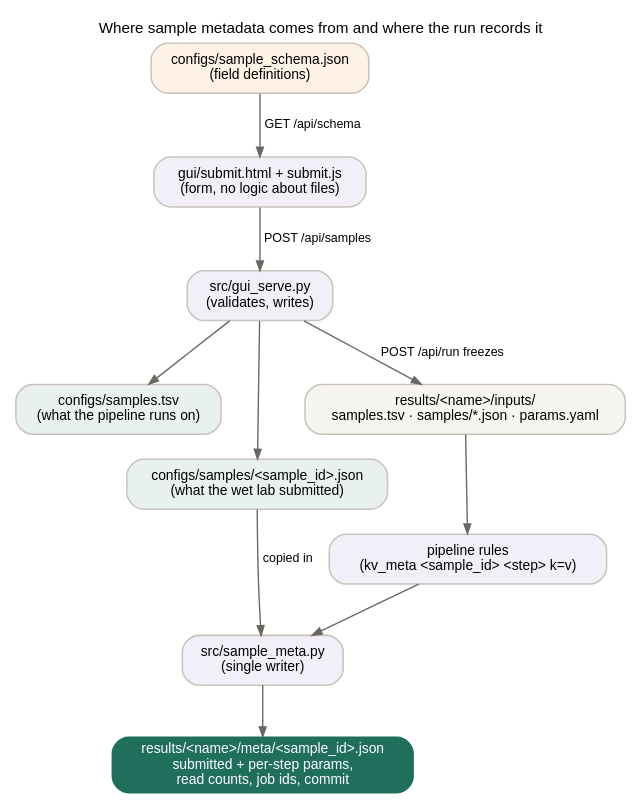
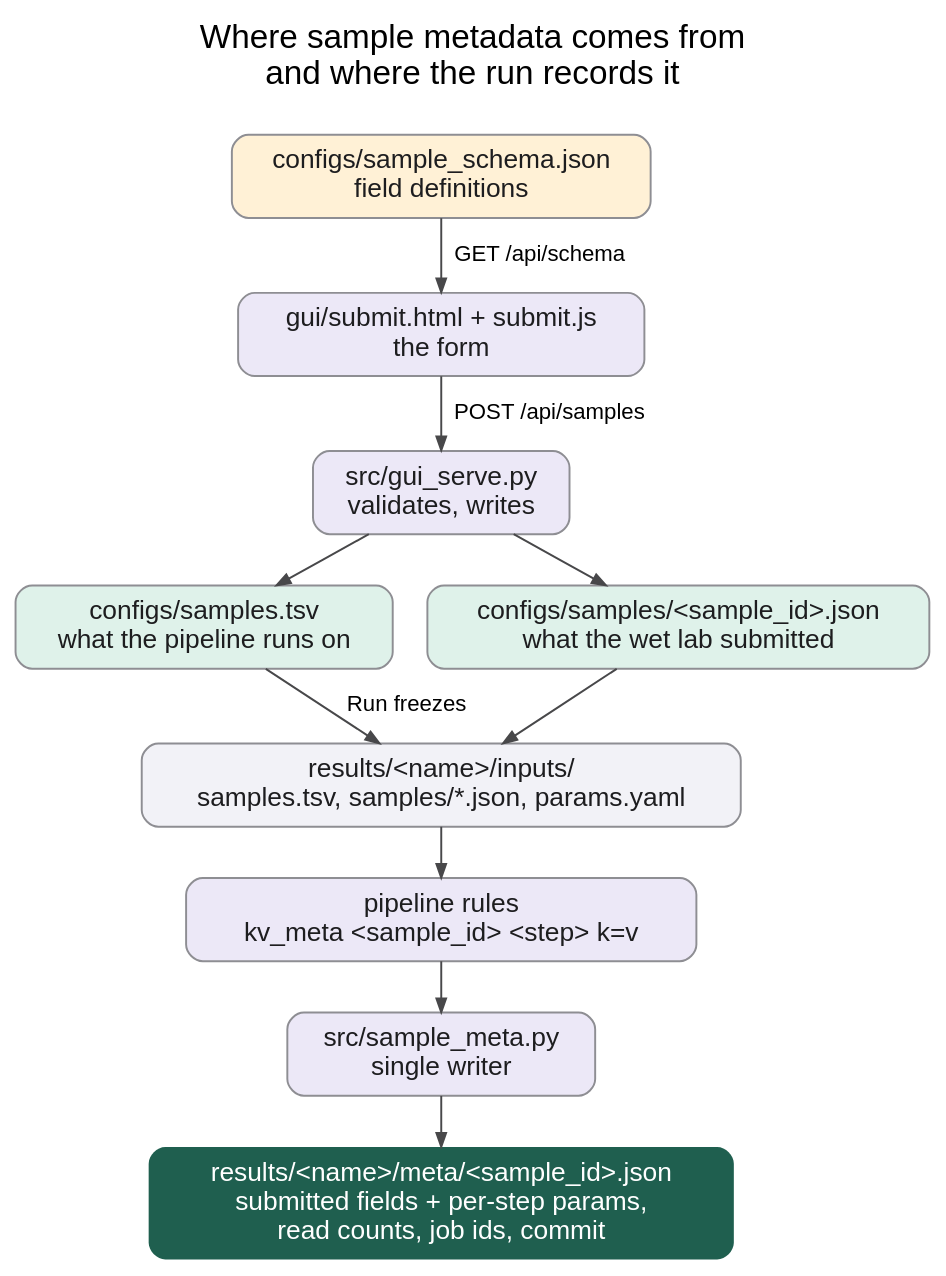
Before and after one commit to ssenci97/ONT-CRISPR-knock-in: the diagram in docs/diagrams/04_metadata.dot, drawn with Graphviz. The commit also changed 27 other files, not shown here.

```diff
--- a/docs/diagrams/04_metadata.dot
+++ b/docs/diagrams/04_metadata.dot
@@ -1,25 +1,22 @@
 digraph metadata {
-  graph [rankdir=TB, bgcolor="white", fontname="Helvetica", fontsize=11, labelloc=t,
-         label="Where sample metadata comes from and where the run records it"];
-  node [fontname="Helvetica", fontsize=10, shape=box, style="rounded,filled", color="#c9c4bb", penwidth=1.1];
-  edge [color="#6b6862", arrowsize=0.7];
+  graph [rankdir=TB, bgcolor="white", fontname="Helvetica", fontsize=24, labelloc=t, nodesep=0.35, ranksep=0.5,
+         label="Where sample metadata comes from\nand where the run records it\n "];
+  node [fontname="Helvetica", fontsize=19, shape=box, style="rounded,filled", color="#8e8e93", penwidth=1.4, fontcolor="#1d1d1f", margin="0.2,0.12"];
+  edge [color="#48484a", arrowsize=1.0, penwidth=1.4, fontname="Helvetica", fontsize=16];
 
-  schema [label="configs/sample_schema.json\n(field definitions)", fillcolor="#fdf2e3"];
-  form   [label="gui/submit.html + submit.js\n(form, no logic about files)", fillcolor="#f2eff9"];
-  serve  [label="src/gui_serve.py\n(validates, writes)", fillcolor="#f2eff9"];
-  sheet  [label="configs/samples.tsv\n(what the pipeline runs on)", fillcolor="#e8f1ee"];
-  sjson  [label="configs/samples/<sample_id>.json\n(what the wet lab submitted)", fillcolor="#e8f1ee"];
+  schema [label="configs/sample_schema.json\nfield definitions", fillcolor="#fff1d6"];
+  form   [label="gui/submit.html + submit.js\nthe form", fillcolor="#ece8f7"];
+  serve  [label="src/gui_serve.py\nvalidates, writes", fillcolor="#ece8f7"];
+  sheet  [label="configs/samples.tsv\nwhat the pipeline runs on", fillcolor="#dff2ea"];
+  sjson  [label="configs/samples/<sample_id>.json\nwhat the wet lab submitted", fillcolor="#dff2ea"];
+  frozen [label="results/<name>/inputs/\nsamples.tsv, samples/*.json, params.yaml", fillcolor="#f2f2f7"];
+  steps  [label="pipeline rules\nkv_meta <sample_id> <step> k=v", fillcolor="#ece8f7"];
+  writer [label="src/sample_meta.py\nsingle writer", fillcolor="#ece8f7"];
+  rjson  [label="results/<name>/meta/<sample_id>.json\nsubmitted fields + per-step params,\nread counts, job ids, commit", fillcolor="#1f5f4f", fontcolor="white", penwidth=0];
 
-  schema -> form [label="GET /api/schema", fontsize=9, fontname="Helvetica"];
-  form -> serve [label="POST /api/samples", fontsize=9, fontname="Helvetica"];
+  schema -> form [label=" GET /api/schema"];
+  form -> serve [label=" POST /api/samples"];
   serve -> sheet; serve -> sjson;
-  serve -> frozen [label="POST /api/run freezes", fontsize=9, fontname="Helvetica"];
-  frozen [label="results/<name>/inputs/\nsamples.tsv · samples/*.json · params.yaml", fillcolor="#f6f5f2"];
-
-  steps [label="pipeline rules\n(kv_meta <sample_id> <step> k=v)", fillcolor="#f2eff9"];
-  writer [label="src/sample_meta.py\n(single writer)", fillcolor="#f2eff9"];
-  rjson [label="results/<name>/meta/<sample_id>.json\nsubmitted + per-step params,\nread counts, job ids, commit", fillcolor="#1f6f5c", fontcolor="white", penwidth=0];
-
-  frozen -> steps; sjson -> writer [label="copied in", fontsize=9, fontname="Helvetica"];
-  steps -> writer -> rjson;
+  sheet -> frozen [label=" Run freezes"]; sjson -> frozen;
+  frozen -> steps -> writer -> rjson;
 }
```
